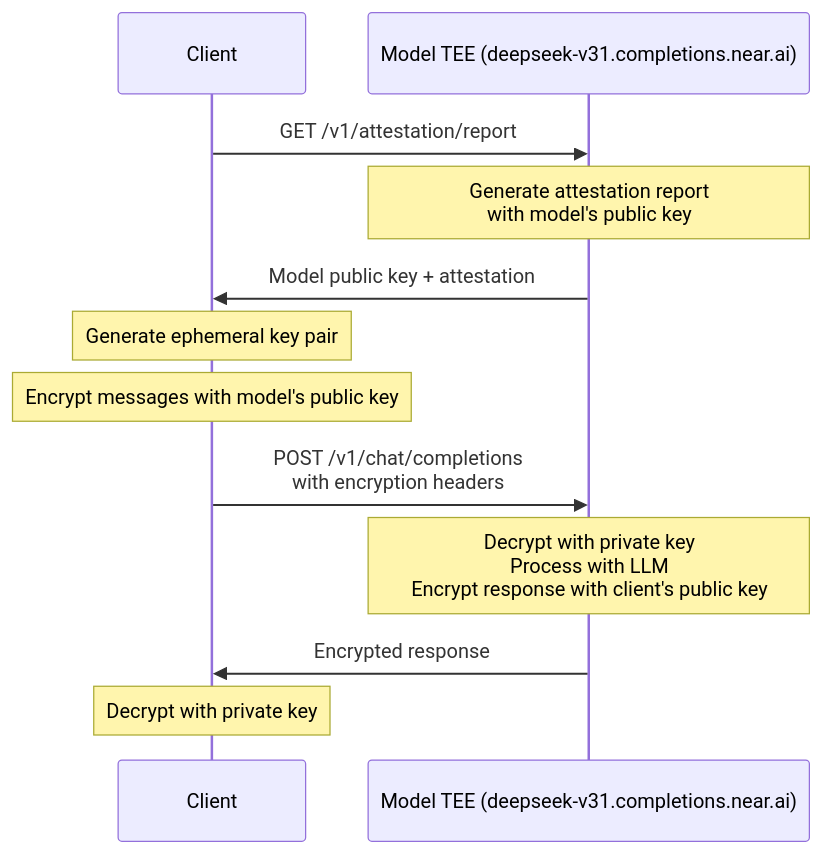
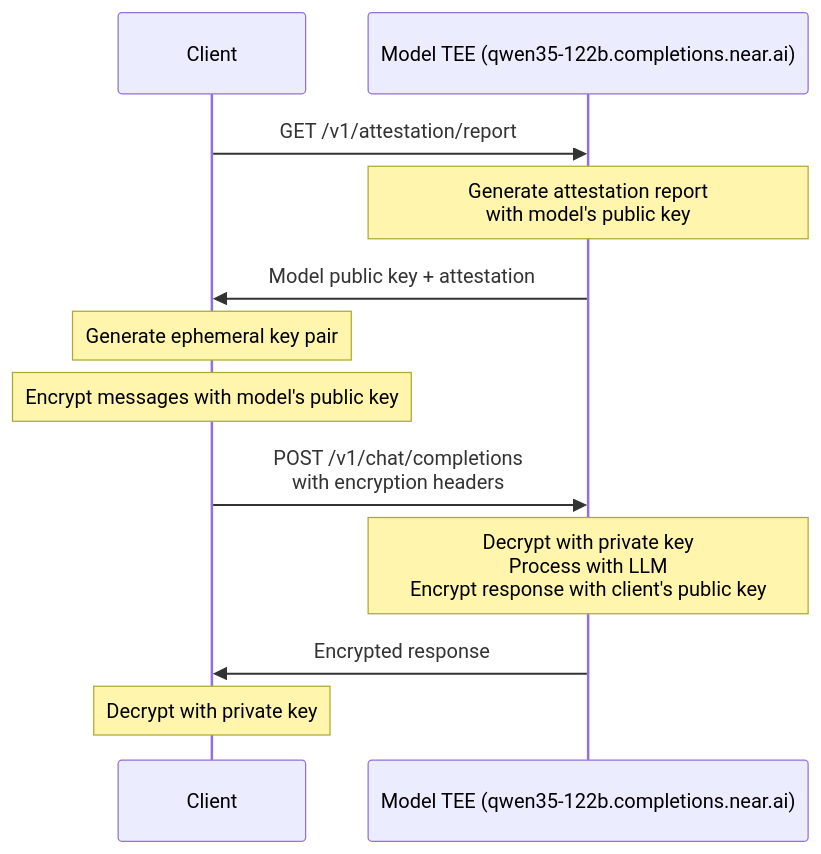
One commit to nearai/docs changed the second of 2 diagrams in docs/cloud/guides/e2ee-chat-completions.mdx. Above: the diagram before and after it, drawn with Mermaid. The commit also changed other lines of this file and 7 other files, not shown here.

Commit message:
docs: default direct completions examples to qwen35-122b

````diff
--- a/docs/cloud/guides/e2ee-chat-completions.mdx
+++ b/docs/cloud/guides/e2ee-chat-completions.mdx
@@ -56,18 +56,18 @@
 ```mermaid
 sequenceDiagram
     participant Client
-    participant ModelTEE as Model TEE (deepseek-v31.completions.near.ai)
+    participant ModelTEE as Model TEE (qwen35-122b.completions.near.ai)
 
     Client->>ModelTEE: GET /v1/attestation/report
     Note over ModelTEE: Generate attestation report<br/>with model's public key
     ModelTEE->>Client: Model public key + attestation
 
     Note over Client: Generate ephemeral key pair
     Note over Client: Encrypt messages with model's public key
 
     Client->>ModelTEE: POST /v1/chat/completions<br/>with encryption headers
     Note over ModelTEE: Decrypt with private key<br/>Process with LLM<br/>Encrypt response with client's public key
     ModelTEE->>Client: Encrypted response
 
     Note over Client: Decrypt with private key
 ```
````
